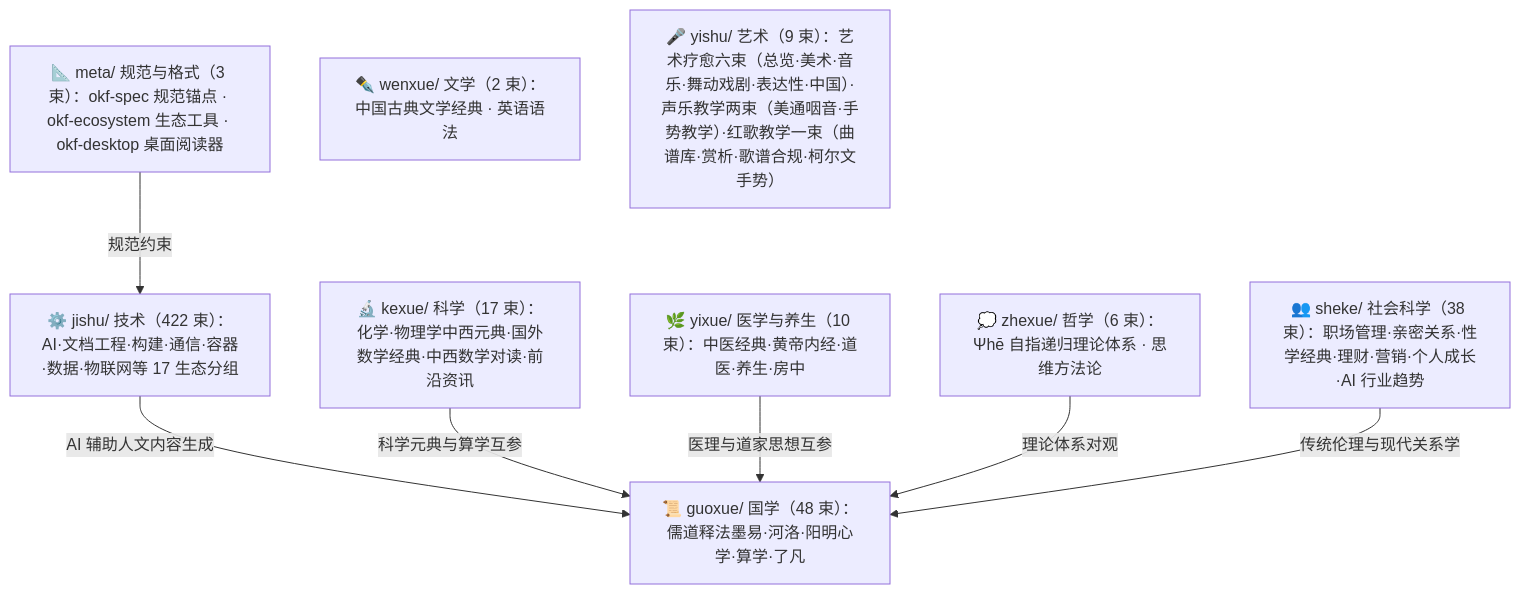
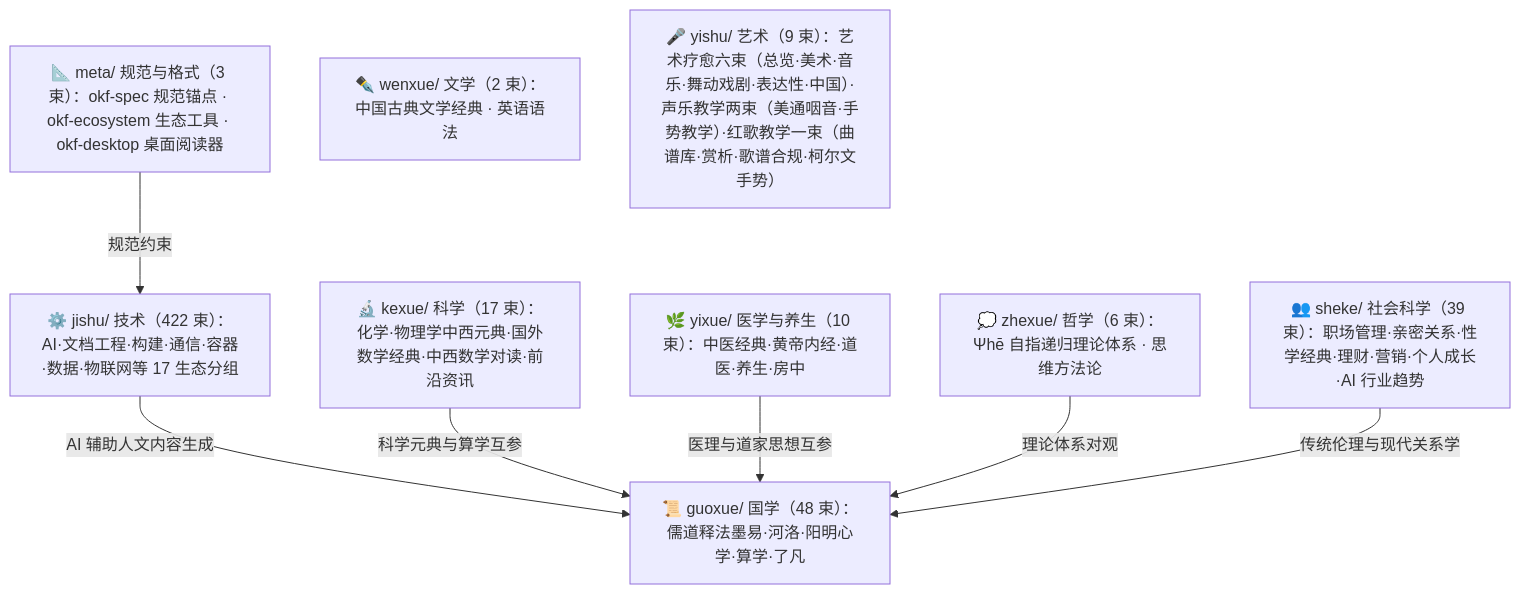
One commit to awesome-flexloop/awesome-okf changed the diagram in doc/bundles/index.md. Above: the diagram before and after it, drawn with Mermaid. The commit also changed other lines of this file and 5 other files, not shown here.

````diff
--- a/doc/bundles/index.md
+++ b/doc/bundles/index.md
@@ -21,18 +21,18 @@
 ```mermaid
 flowchart TD
     meta["📐 meta/ 规范与格式（3 束）：okf-spec 规范锚点 · okf-ecosystem 生态工具 · okf-desktop 桌面阅读器"]
     guoxue["📜 guoxue/ 国学（48 束）：儒道释法墨易·河洛·阳明心学·算学·了凡"]
     zhexue["💭 zhexue/ 哲学（6 束）：Ψhē 自指递归理论体系 · 思维方法论"]
     kexue["🔬 kexue/ 科学（17 束）：化学·物理学中西元典·国外数学经典·中西数学对读·前沿资讯"]
     wenxue["✒️ wenxue/ 文学（2 束）：中国古典文学经典 · 英语语法"]
     yixue["🌿 yixue/ 医学与养生（10 束）：中医经典·黄帝内经·道医·养生·房中"]
-    sheke["👥 sheke/ 社会科学（38 束）：职场管理·亲密关系·性学经典·理财·营销·个人成长·AI 行业趋势"]
+    sheke["👥 sheke/ 社会科学（39 束）：职场管理·亲密关系·性学经典·理财·营销·个人成长·AI 行业趋势"]
     yishu["🎤 yishu/ 艺术（9 束）：艺术疗愈六束（总览·美术·音乐·舞动戏剧·表达性·中国）·声乐教学两束（美通咽音·手势教学）·红歌教学一束（曲谱库·赏析·歌谱合规·柯尔文手势）"]
     jishu["⚙️ jishu/ 技术（422 束）：AI·文档工程·构建·通信·容器·数据·物联网等 17 生态分组"]
     meta -->|"规范约束"| jishu
     jishu -->|"AI 辅助人文内容生成"| guoxue
     kexue -->|"科学元典与算学互参"| guoxue
     yixue -->|"医理与道家思想互参"| guoxue
     zhexue -->|"理论体系对观"| guoxue
     sheke -->|"传统伦理与现代关系学"| guoxue
 ```
````
